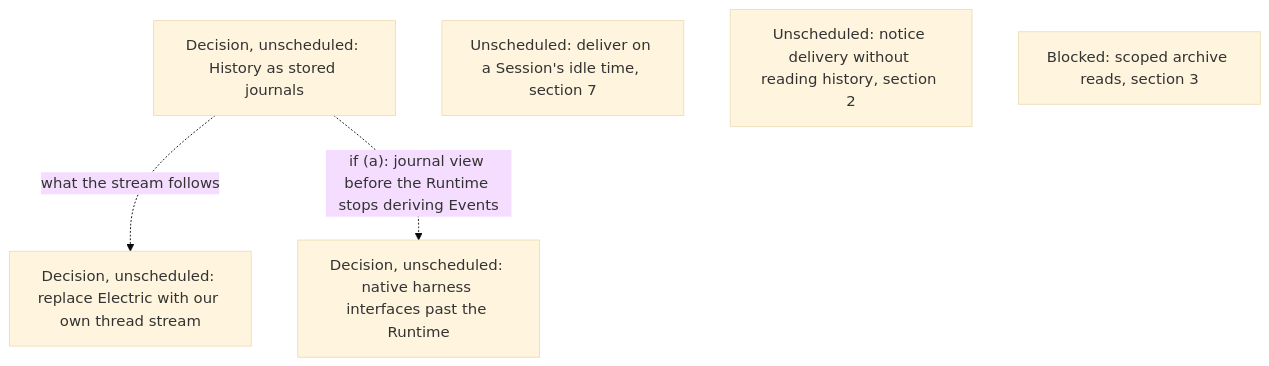
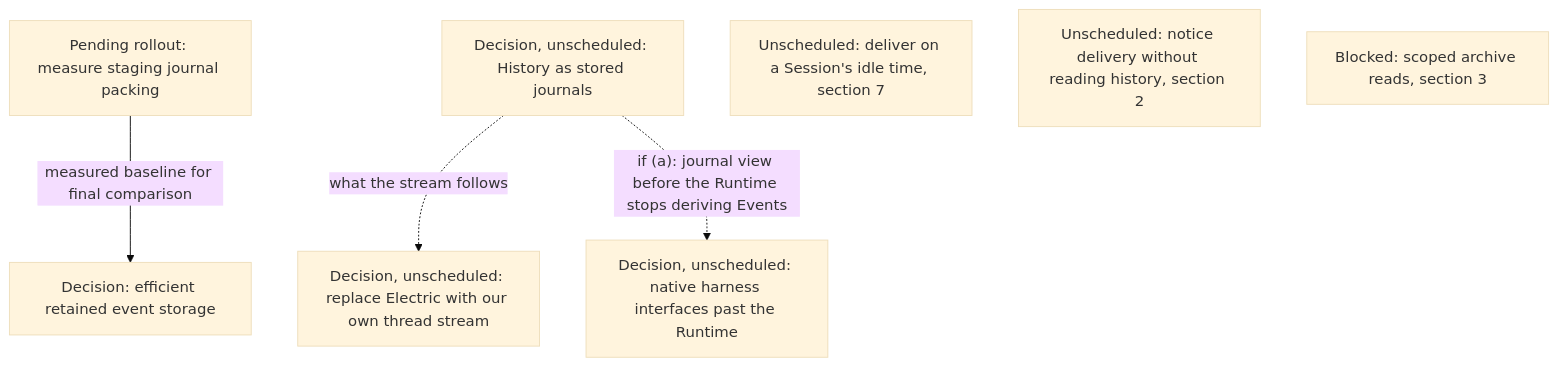
Diagram 13 of 18 in agentplane/plans/task_dag.md (agentydragon/ducktape), drawn with Mermaid (base theme) before and after one commit. The commit also changed other lines of this file and 1 other file, not shown here.

Commit message:
Plan retained event storage evaluation against staging growth

````diff
--- a/agentplane/plans/task_dag.md
+++ b/agentplane/plans/task_dag.md
@@ -2446,11 +2446,14 @@
 ```mermaid
 flowchart TD
+    JOURNAL_STORAGE_BASELINE[Pending rollout: measure staging journal packing]
+    JOURNAL_STORAGE_DESIGN[Decision: efficient retained event storage]
+    JOURNAL_STORAGE_BASELINE -->|measured baseline for final comparison| JOURNAL_STORAGE_DESIGN
     JOURNAL_REPRESENTATION_DESIGN[Decision, unscheduled: History as stored journals]
     THREAD_SYNC_WITHOUT_ELECTRIC[Decision, unscheduled: replace Electric with our own thread stream]
     JOURNAL_REPRESENTATION_DESIGN -. what the stream follows .-> THREAD_SYNC_WITHOUT_ELECTRIC
     NATIVE_HARNESS_INTERFACES_DESIGN[Decision, unscheduled: native harness interfaces past the Runtime]
     JOURNAL_REPRESENTATION_DESIGN -. if (a): journal view before the Runtime stops deriving Events .-> NATIVE_HARNESS_INTERFACES_DESIGN
     SESSION_ACTIVITY_STREAM[Unscheduled: deliver on a Session's idle time, section 7]
     NOTIFICATION_COMMAND_OUTCOME_DESIGN[Unscheduled: notice delivery without reading history, section 2]
     THREAD_READ_POLICY[Blocked: scoped archive reads, section 3]
 ```
````
